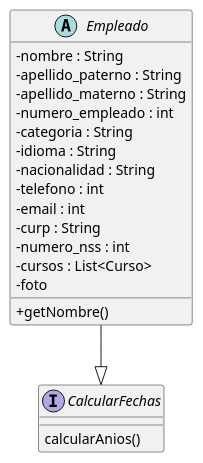
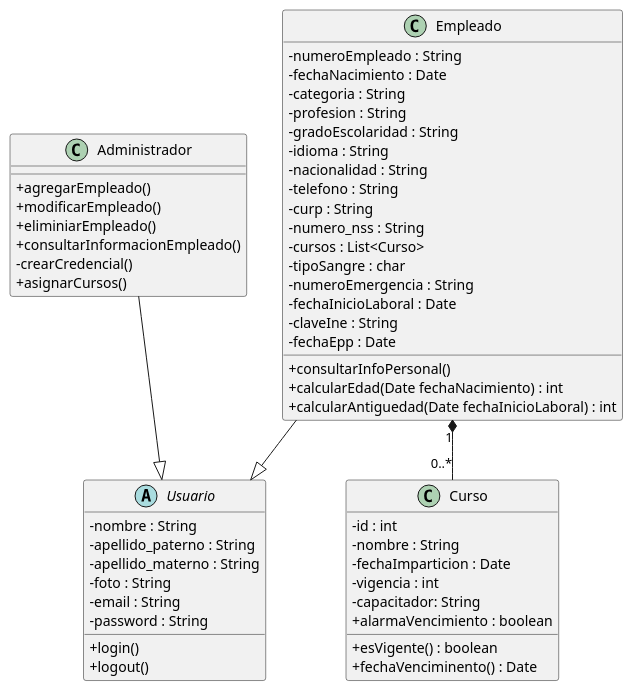
The diagram in DiagramaClases.md (JoseDom18/HSELine-project), drawn with PlantUML before and after one commit. The commit also changed 2 other files, not shown here.

Commit message:
actualizacion de diagrama de clases

````diff
--- a/DiagramaClases.md
+++ b/DiagramaClases.md
@@ -1,33 +1,74 @@
 ```plantuml
 @startuml
 skinparam classAttributeIconsize 0
 
-abstract class Empleado {
+abstract class Usuario {
   
   -nombre : String
   -apellido_paterno : String
   -apellido_materno : String
-  -numero_empleado : int
+  -foto : String
+  -email : String
+  -password : String
+  +login()
+  +logout()
+
+  
+}
+
+class Administrador {
++agregarEmpleado()
++modificarEmpleado()
++eliminiarEmpleado()
++consultarInformacionEmpleado()
+-crearCredencial()
++asignarCursos()
+
+}
+
+class Empleado {
+
+  -numeroEmpleado : String
+  -fechaNacimiento : Date
   -categoria : String
+  -profesion : String
+  -gradoEscolaridad : String
   -idioma : String
   -nacionalidad : String
-  -telefono : int
-  -email : int
+  -telefono : String
   -curp : String
-  -numero_nss : int
+  -numero_nss : String
   -cursos : List<Curso>
-  -foto
+  -tipoSangre : char
+  -numeroEmergencia : String
+  -fechaInicioLaboral : Date
+  -claveIne : String
+  -fechaEpp : Date
+  +consultarInfoPersonal()
+  +calcularEdad(Date fechaNacimiento) : int
+  +calcularAntiguedad(Date fechaInicioLaboral) : int
+}
+
+class Curso {
+  -id : int
+  -nombre : String
+  -fechaImparticion : Date
+  -vigencia : int
+  -capacitador: String
+  +esVigente() : boolean
+  +fechaVenciminento() : Date
+  +alarmaVencimiento : boolean
+}
 
 
 
-  +getNombre()
-}
+' Herencias
+Administrador --|> Usuario
+Empleado --|> Usuario
 
-interface CalcularFechas {
+' Asociacion de composición
+Empleado "1" *-- "0..*" Curso
 
-  calcularAnios()
-}
 
-Empleado --|> CalcularFechas
 @enduml
 ```
````
